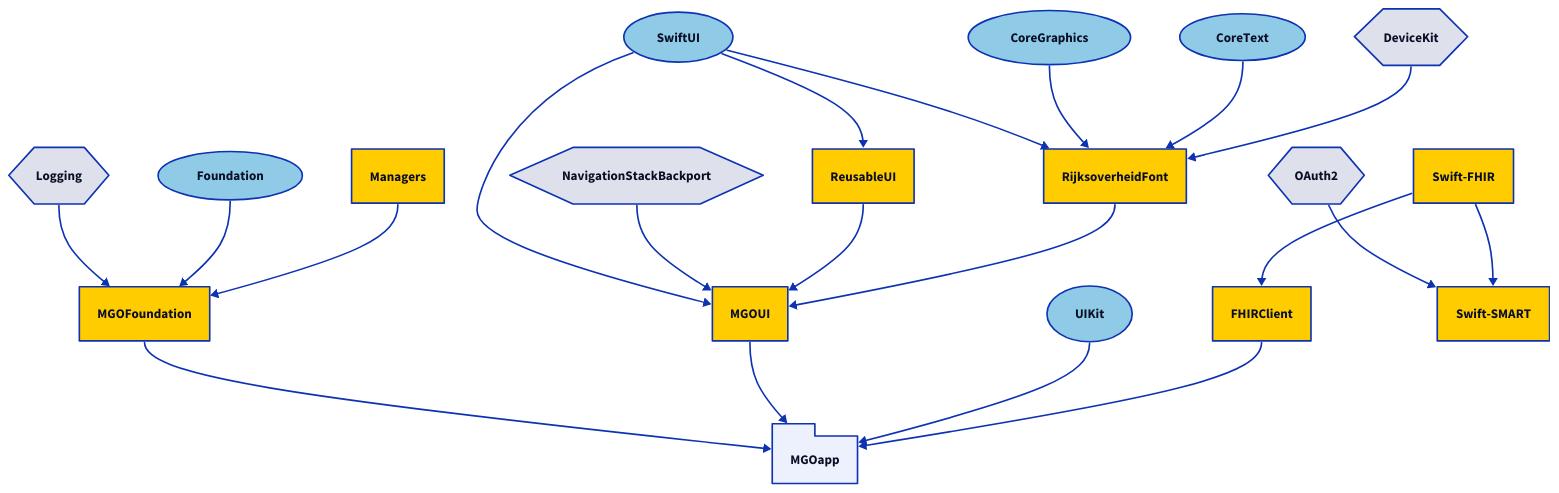
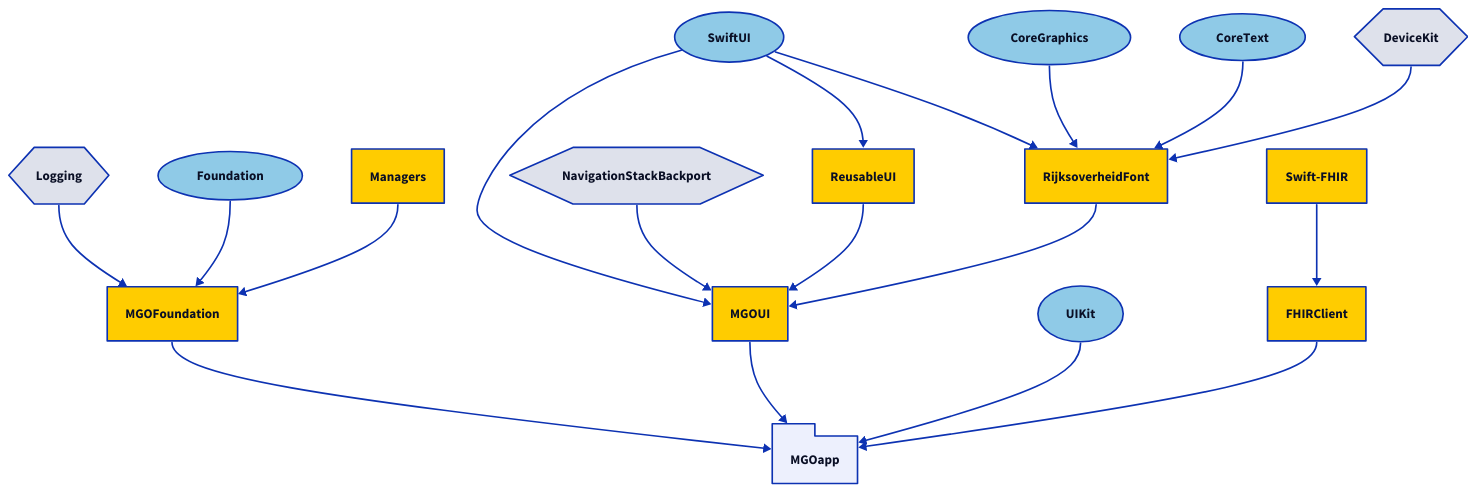
One commit to minvws/nl-mgo-app-ios changed the diagram in Diagrams/packages-withouttests.d2. Above: the diagram before and after it, drawn with D2. The commit also changed 39 other files, not shown here.

Commit message:
feat(FHIR Client): Remove SMART package

```diff
--- a/Diagrams/packages-withouttests.d2
+++ b/Diagrams/packages-withouttests.d2
@@ -1,81 +1,74 @@
 direction: down
 
 # Apple
 UIKit: {
   shape: oval
   style.fill: "#8FCAE7"
 }
 SwiftUI: {
   shape: oval
   style.fill: "#8FCAE7"
 }
 Foundation: {
   shape: oval
   style.fill: "#8FCAE7"
 }
 CoreGraphics: {
   shape: oval
   style.fill: "#8FCAE7"
 }
 CoreText: {
   shape: oval
   style.fill: "#8FCAE7"
 }
 
 # Third-Party
 NavigationStackBackport: {
   shape: hexagon
 }
 Logging: {
   shape: hexagon
 }
 DeviceKit: {
   shape: hexagon
-}
-OAuth2: {
-	shape: hexagon
 }
 
 # The application
 
 MGOapp: {
   shape: package
 }
 
 MGOapp <- MGOFoundation
 MGOapp <- MGOUI
 MGOapp <- UIKit
 MGOapp <- FHIRClient
 
 # - Packages -
 
 MGOFoundation { style.fill: "#ffcc00" }
 MGOFoundation <- Logging
 MGOFoundation <- Foundation
 MGOFoundation <- Managers
 
 MGOUI { style.fill: "#ffcc00" }
 MGOUI <- SwiftUI
 MGOUI <- NavigationStackBackport
 MGOUI <- ReusableUI
 MGOUI <- RijksoverheidFont
 
 Managers { style.fill: "#ffcc00" }
 
 RijksoverheidFont { style.fill: "#ffcc00" }
 RijksoverheidFont <- SwiftUI
 RijksoverheidFont <- CoreGraphics
 RijksoverheidFont <- CoreText
 RijksoverheidFont <- DeviceKit
 
 ReusableUI { style.fill: "#ffcc00" }
 ReusableUI <- SwiftUI
 
 FHIRClient { style.fill: "#ffcc00" }
 FHIRClient <- Swift-FHIR
 
 Swift-FHIR { style.fill: "#ffcc00" }
-
-Swift-SMART { style.fill: "#ffcc00" }
-Swift-SMART <- OAuth2
-Swift-SMART <- Swift-FHIR
```
